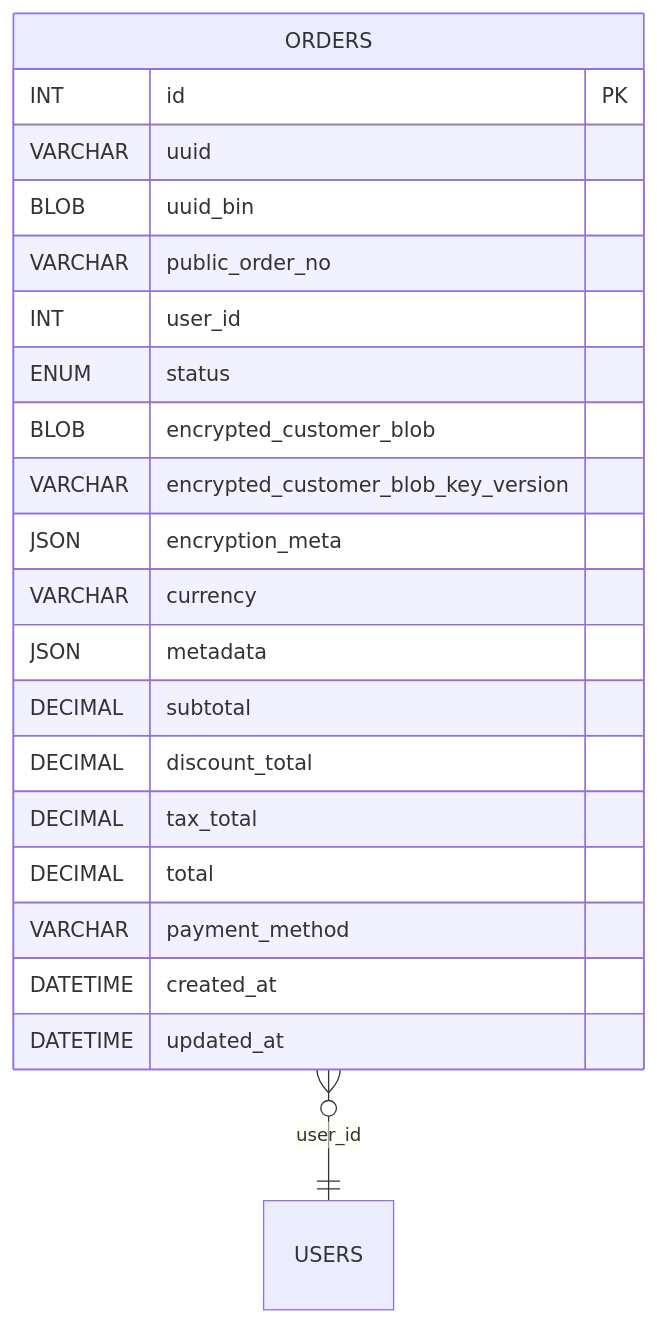
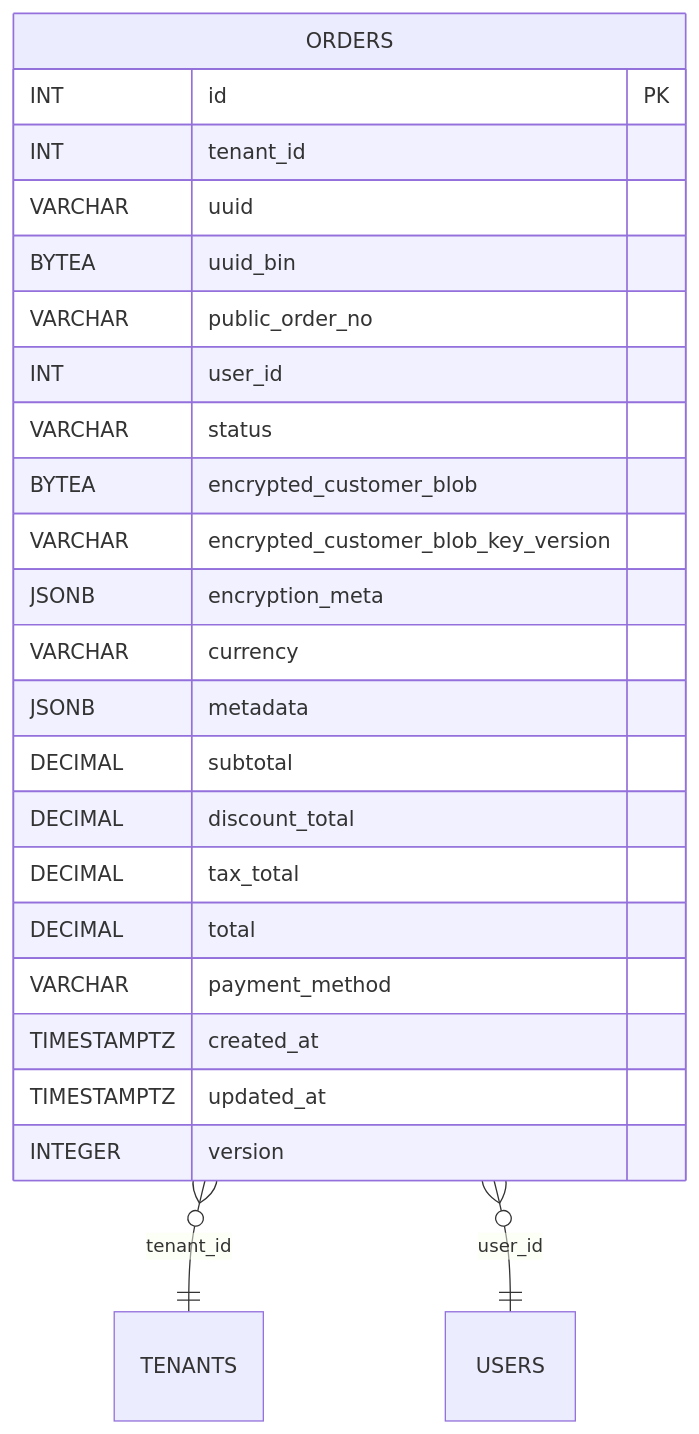
Before and after one commit to blackcatdatabase/table-orders: the diagram in README.md, drawn with Mermaid. The commit also changed other lines of this file and 26 other files, not shown here.

First line of the commit message:
Regen schema (#1)

````diff
--- a/README.md
+++ b/README.md
@@ -67,24 +70,27 @@
 ```mermaid
 erDiagram
   ORDERS {
     INT id PK
+    INT tenant_id
     VARCHAR uuid
-    BLOB uuid_bin
+    BYTEA uuid_bin
     VARCHAR public_order_no
     INT user_id
-    ENUM status
-    BLOB encrypted_customer_blob
+    VARCHAR status
+    BYTEA encrypted_customer_blob
     VARCHAR encrypted_customer_blob_key_version
-    JSON encryption_meta
+    JSONB encryption_meta
     VARCHAR currency
-    JSON metadata
+    JSONB metadata
     DECIMAL subtotal
     DECIMAL discount_total
     DECIMAL tax_total
     DECIMAL total
     VARCHAR payment_method
-    DATETIME created_at
-    DATETIME updated_at
+    TIMESTAMPTZ created_at
+    TIMESTAMPTZ updated_at
+    INTEGER version
   }
+  ORDERS }o--|| TENANTS : "tenant_id"
   ORDERS }o--|| USERS : "user_id"
 ```
````
